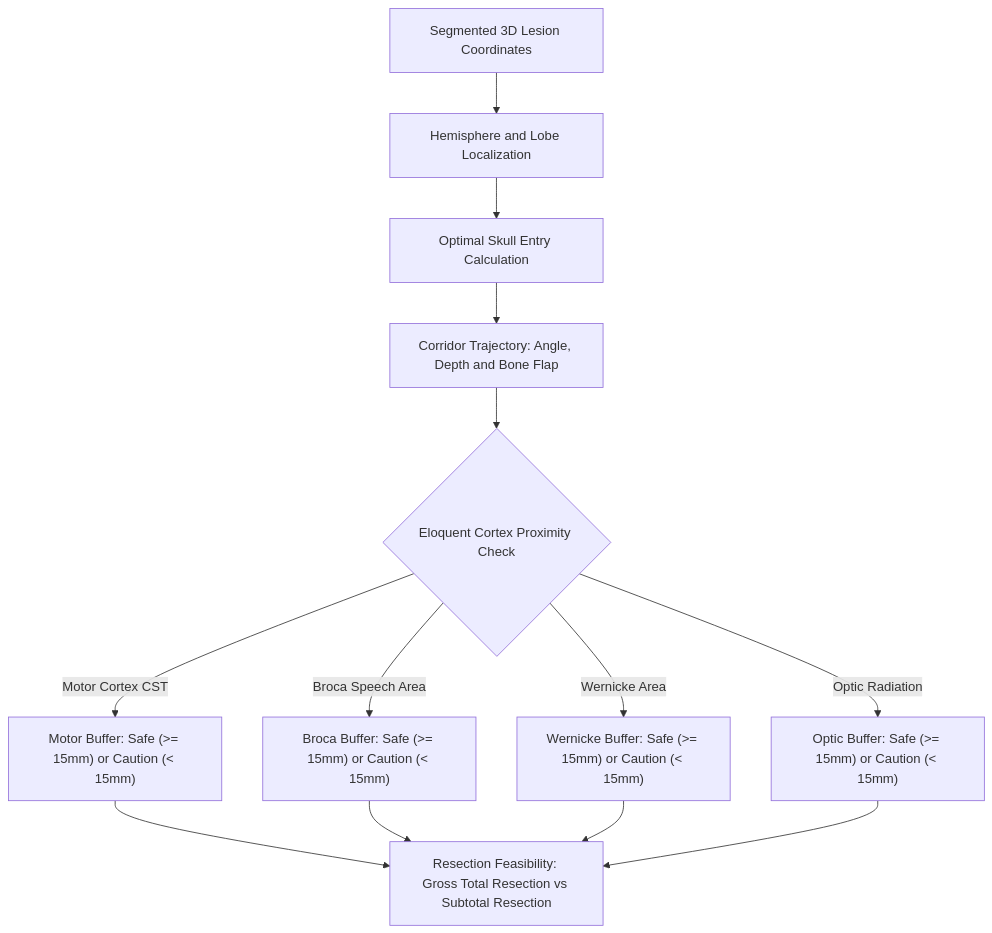
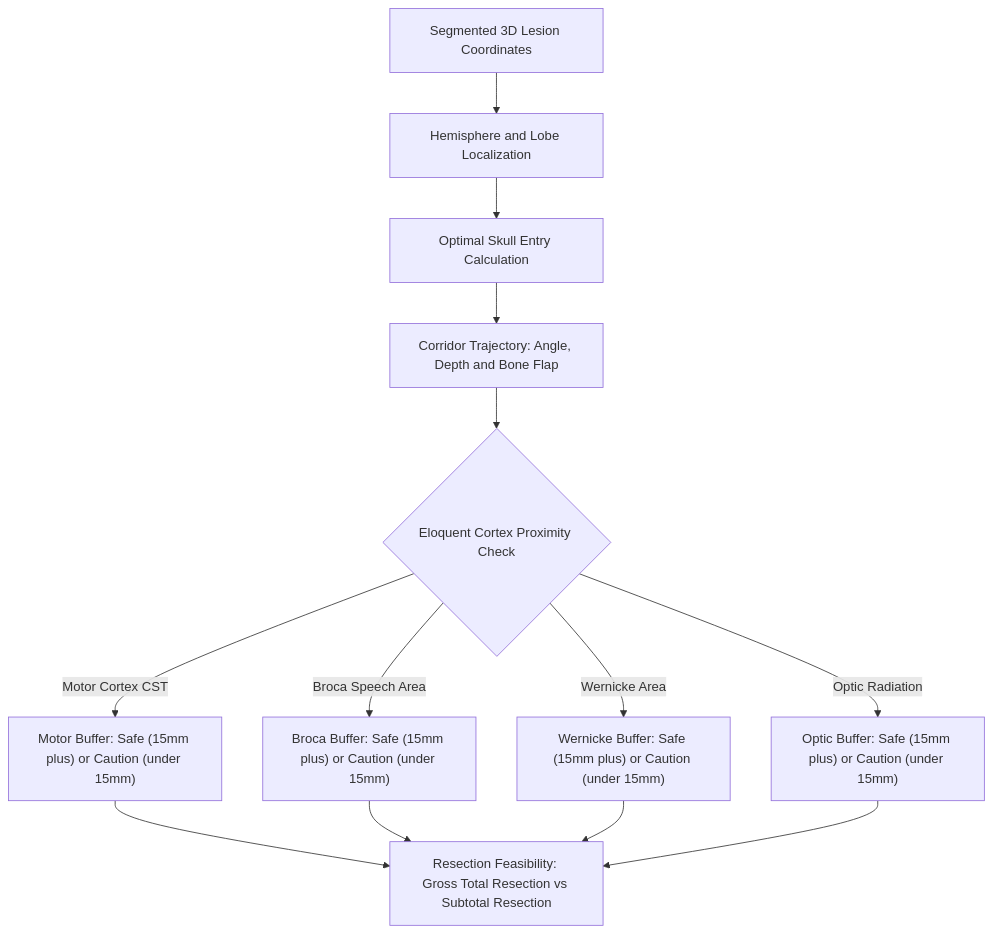
Before and after one commit to kailash6207/Brain_Tumor: the fourth of 5 diagrams in README.md, drawn with Mermaid. The commit also changed other lines of this file, not shown here.

Commit message:
docs: remove classDef rgba rules for universal Mermaid compatibility

````diff
--- a/README.md
+++ b/README.md
@@ -135,15 +135,15 @@
 ```mermaid
 flowchart TD
     LESION["Segmented 3D Lesion Coordinates"] --> ANAT["Hemisphere and Lobe Localization"]
     ANAT --> ENTRY["Optimal Skull Entry Calculation"]
     ENTRY --> TRAJ["Corridor Trajectory: Angle, Depth and Bone Flap"]
     TRAJ --> ELOQUENT{"Eloquent Cortex Proximity Check"}
-    ELOQUENT -->|"Motor Cortex CST"| DIST_M["Motor Buffer: Safe (>= 15mm) or Caution (< 15mm)"]
-    ELOQUENT -->|"Broca Speech Area"| DIST_B["Broca Buffer: Safe (>= 15mm) or Caution (< 15mm)"]
-    ELOQUENT -->|"Wernicke Area"| DIST_W["Wernicke Buffer: Safe (>= 15mm) or Caution (< 15mm)"]
-    ELOQUENT -->|"Optic Radiation"| DIST_O["Optic Buffer: Safe (>= 15mm) or Caution (< 15mm)"]
+    ELOQUENT -->|"Motor Cortex CST"| DIST_M["Motor Buffer: Safe (15mm plus) or Caution (under 15mm)"]
+    ELOQUENT -->|"Broca Speech Area"| DIST_B["Broca Buffer: Safe (15mm plus) or Caution (under 15mm)"]
+    ELOQUENT -->|"Wernicke Area"| DIST_W["Wernicke Buffer: Safe (15mm plus) or Caution (under 15mm)"]
+    ELOQUENT -->|"Optic Radiation"| DIST_O["Optic Buffer: Safe (15mm plus) or Caution (under 15mm)"]
     DIST_M --> RESECTION["Resection Feasibility: Gross Total Resection vs Subtotal Resection"]
     DIST_B --> RESECTION
     DIST_W --> RESECTION
     DIST_O --> RESECTION
 ```
````
